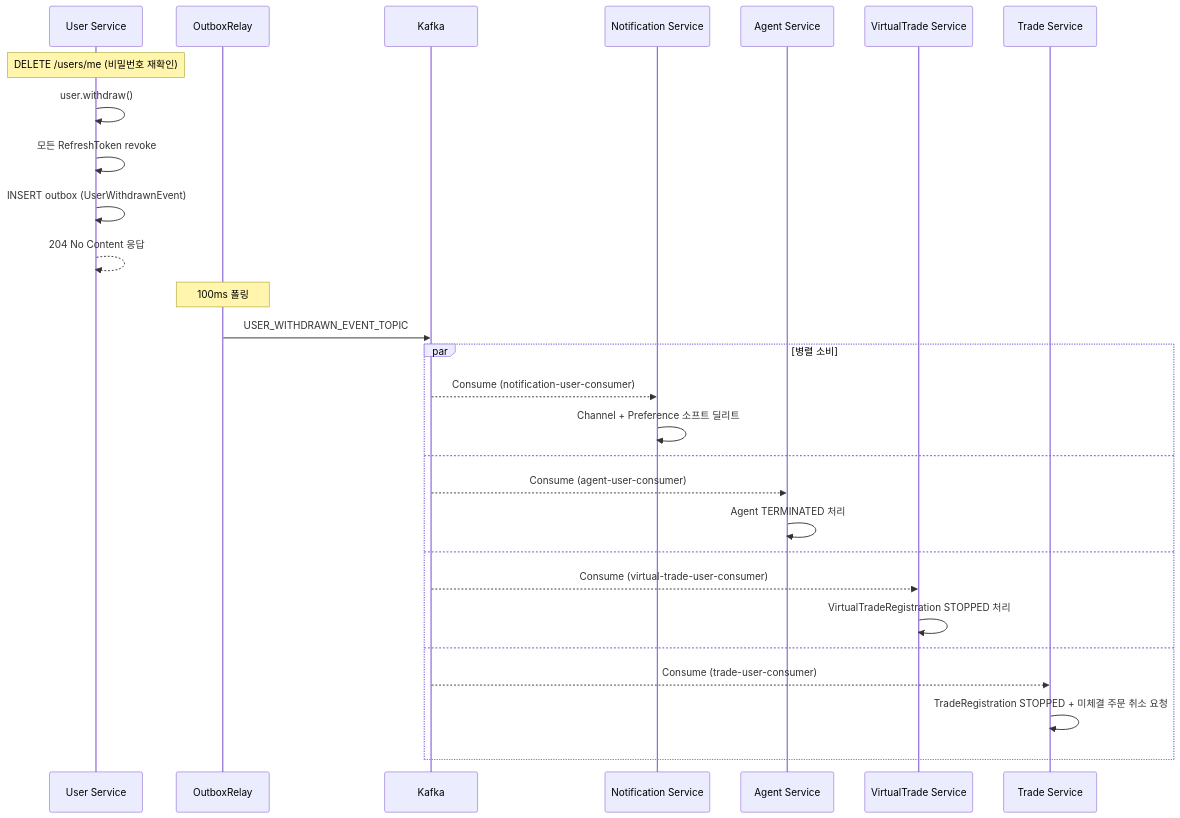
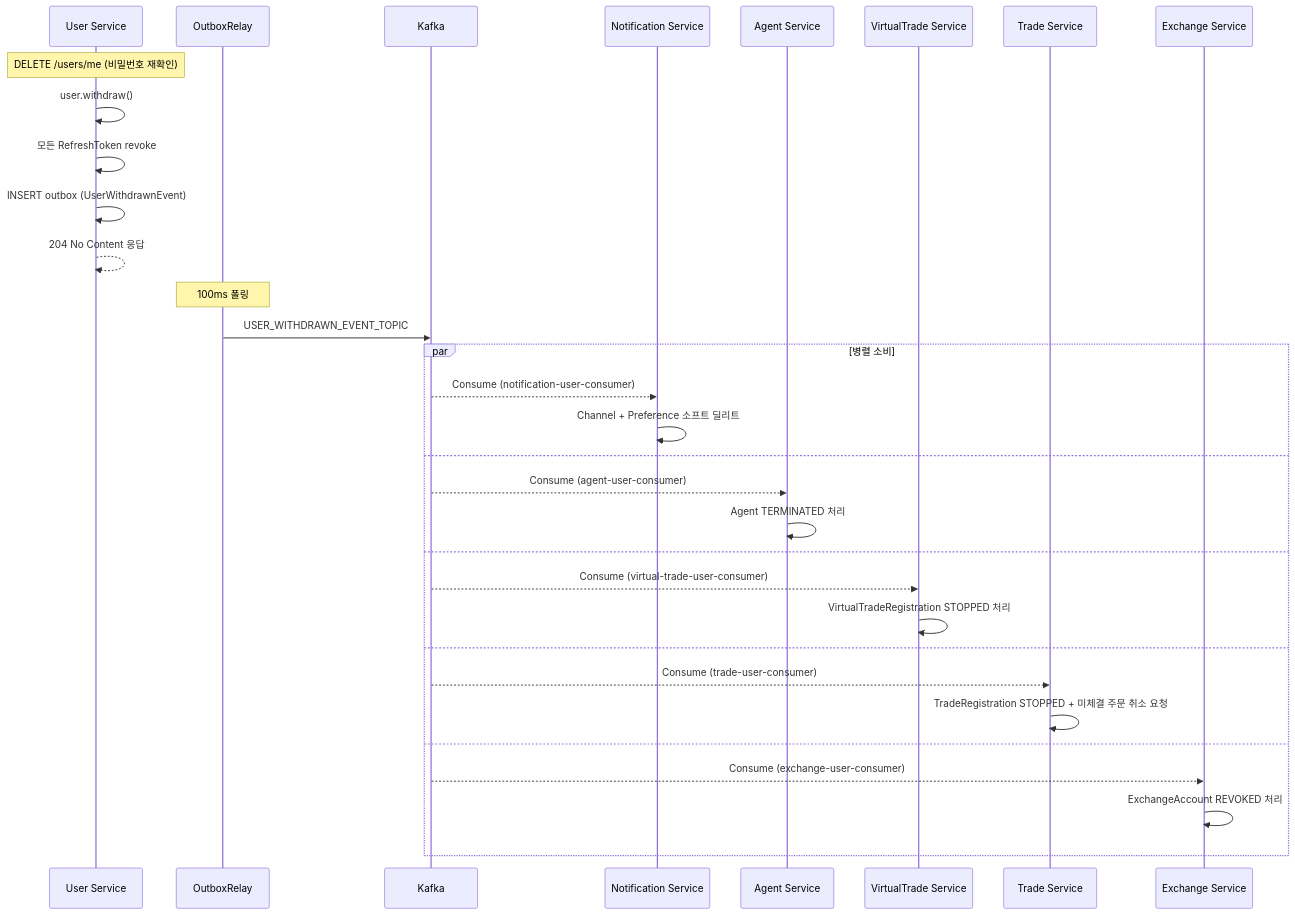
One commit to Trade-Pilot/.github changed the diagram in backend/event-driven-lifecycle.md. Above: the diagram before and after it, drawn with Mermaid. The commit also changed other lines of this file and 17 other files, not shown here.

````diff
--- a/backend/event-driven-lifecycle.md
+++ b/backend/event-driven-lifecycle.md
@@ -49,33 +51,37 @@
 ```mermaid
 sequenceDiagram
     participant US as User Service
     participant Relay as OutboxRelay
     participant Kafka as Kafka
     participant NS as Notification Service
     participant AS as Agent Service
     participant VT as VirtualTrade Service
     participant TS as Trade Service
+    participant EX as Exchange Service
 
     Note over US: DELETE /users/me (비밀번호 재확인)
     US->>US: user.withdraw()
     US->>US: 모든 RefreshToken revoke
     US->>US: INSERT outbox (UserWithdrawnEvent)
     US-->>US: 204 No Content 응답
 
     Note over Relay: 100ms 폴링
     Relay->>Kafka: USER_WITHDRAWN_EVENT_TOPIC
 
     par 병렬 소비
         Kafka-->>NS: Consume (notification-user-consumer)
         NS->>NS: Channel + Preference 소프트 딜리트
     and
         Kafka-->>AS: Consume (agent-user-consumer)
         AS->>AS: Agent TERMINATED 처리
     and
         Kafka-->>VT: Consume (virtual-trade-user-consumer)
         VT->>VT: VirtualTradeRegistration STOPPED 처리
     and
         Kafka-->>TS: Consume (trade-user-consumer)
         TS->>TS: TradeRegistration STOPPED + 미체결 주문 취소 요청
+    and
+        Kafka-->>EX: Consume (exchange-user-consumer)
+        EX->>EX: ExchangeAccount REVOKED 처리
     end
 ```
````
